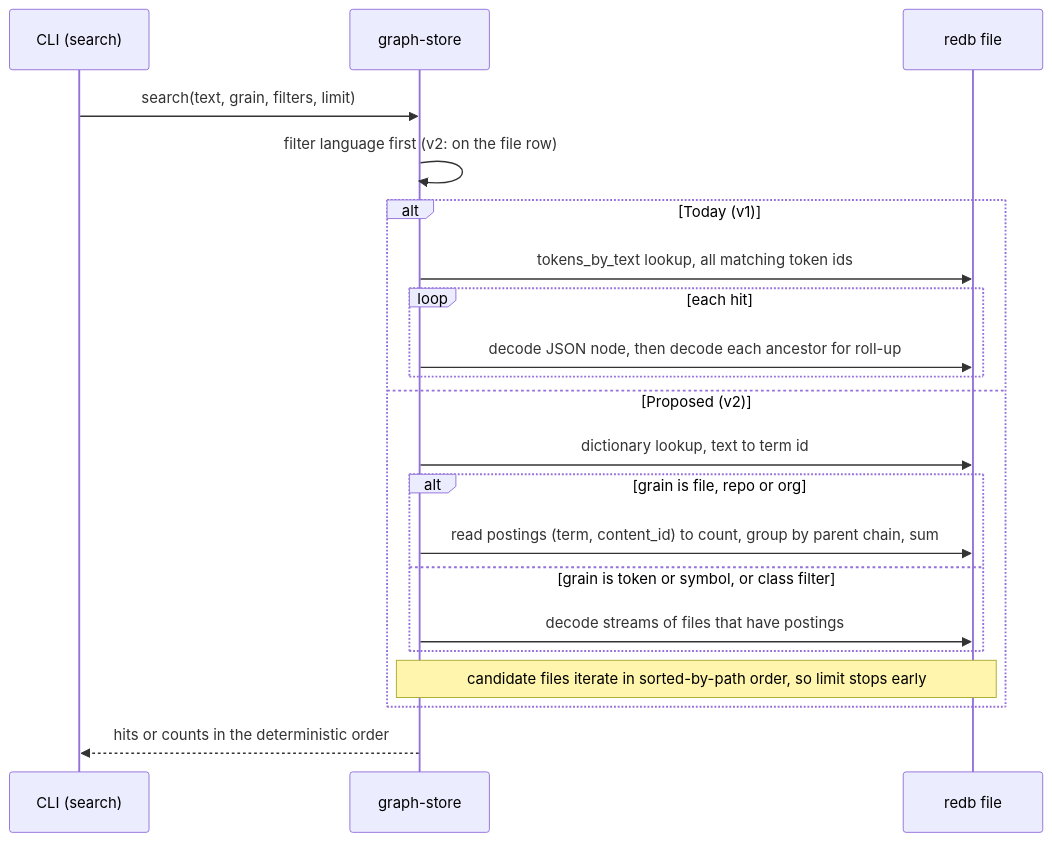
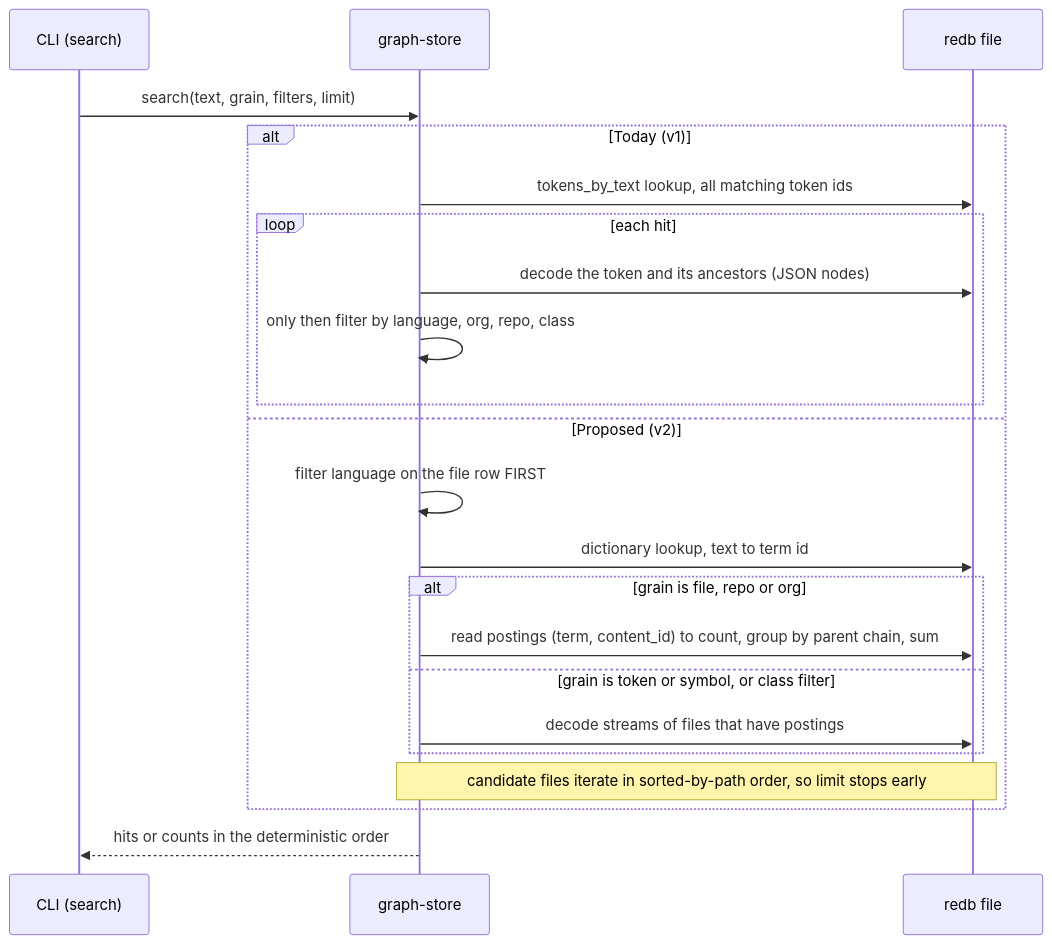
One commit to P47Phoenix/memory-graph changed the eighth of 19 diagrams in docs/architecture-diagrams.md. Above: the diagram before and after it, drawn with Mermaid. The commit also changed other lines of this file and 2 other files, not shown here.

First line of the commit message:
Fix architecture diagram review findings (PR #13)

````diff
--- a/docs/architecture-diagrams.md
+++ b/docs/architecture-diagrams.md
@@ -335,23 +249,24 @@
 ```mermaid
 sequenceDiagram
     participant CLI as CLI (search)
     participant Store as graph-store
     participant redb as redb file
     CLI->>Store: search(text, grain, filters, limit)
-    Store->>Store: filter language first (v2: on the file row)
-    alt Today (v1)
+        alt Today (v1)
         Store->>redb: tokens_by_text lookup, all matching token ids
         loop each hit
-            Store->>redb: decode JSON node, then decode each ancestor for roll-up
+            Store->>redb: decode the token and its ancestors (JSON nodes)
+            Store->>Store: only then filter by language, org, repo, class
         end
     else Proposed (v2)
+        Store->>Store: filter language on the file row FIRST
         Store->>redb: dictionary lookup, text to term id
         alt grain is file, repo or org
             Store->>redb: read postings (term, content_id) to count, group by parent chain, sum
         else grain is token or symbol, or class filter
             Store->>redb: decode streams of files that have postings
         end
         Note over Store,redb: candidate files iterate in sorted-by-path order, so limit stops early
     end
     Store-->>CLI: hits or counts in the deterministic order
 ```
````
